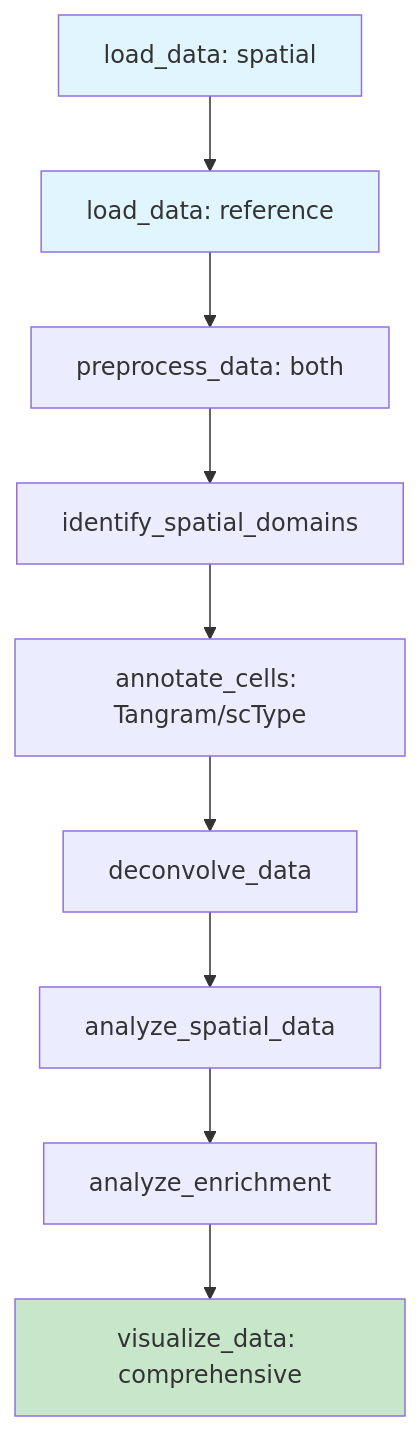
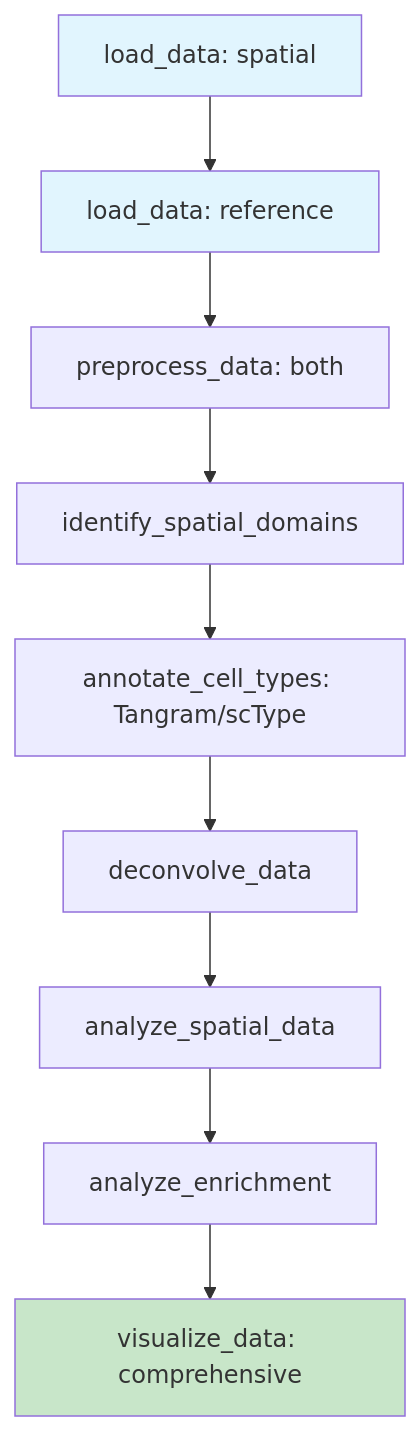
One commit to cafferychen777/ChatSpatial changed the second of 7 diagrams in docs/reference/quick-reference/common-workflows.md. Above: the diagram before and after it, drawn with Mermaid. The commit also changed other lines of this file and 18 other files, not shown here.

````diff
--- a/docs/reference/quick-reference/common-workflows.md
+++ b/docs/reference/quick-reference/common-workflows.md
@@ -74,15 +74,15 @@
 ```mermaid
 graph TD
     A[load_data: spatial] --> B[load_data: reference]
     B --> C[preprocess_data: both]
     C --> D[identify_spatial_domains]
-    D --> E[annotate_cells: Tangram/scType]
+    D --> E[annotate_cell_types: Tangram/scType]
     E --> F[deconvolve_data]
     F --> G[analyze_spatial_data]
     G --> H[analyze_enrichment]
     H --> I[visualize_data: comprehensive]
     
     style A fill:#e1f5fe
     style B fill:#e1f5fe
     style I fill:#c8e6c9
 ```
````
